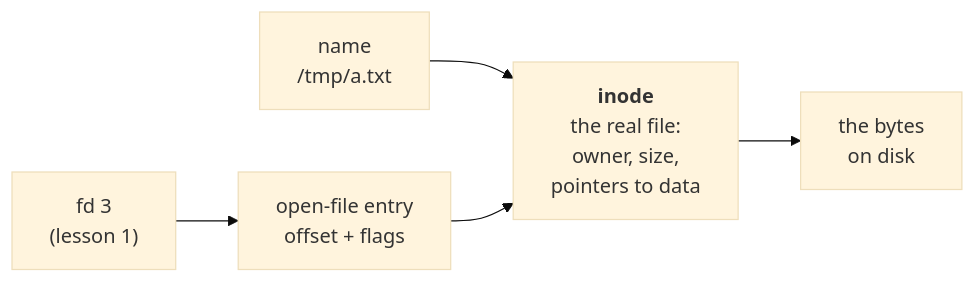
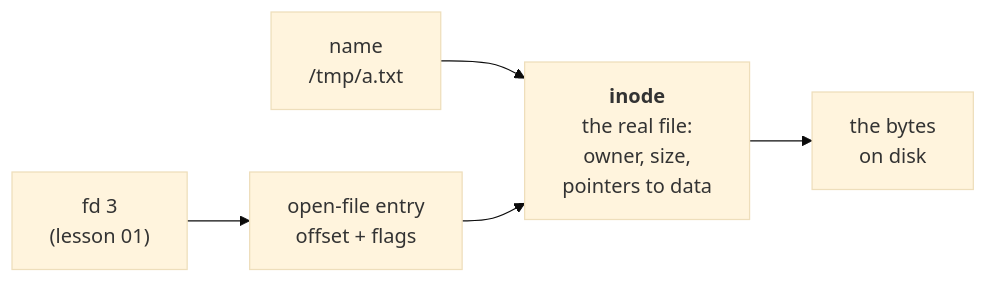
One commit to lohiarahul/learn_networking changed the first of 2 diagrams in networking-fundamentals/act-1-one-machine/06-everything-is-a-file.md. Above: the diagram before and after it, drawn with Mermaid (base theme). The commit also changed other lines of this file and 28 other files, not shown here.

````diff
--- a/networking-fundamentals/act-1-one-machine/06-everything-is-a-file.md
+++ b/networking-fundamentals/act-1-one-machine/06-everything-is-a-file.md
@@ -76,7 +76,7 @@
 ```mermaid
 flowchart LR
   n["name<br/>/tmp/a.txt"] --> ino
-  fd["fd 3<br/>(lesson 1)"] --> oft["open-file entry<br/>offset + flags"]
+  fd["fd 3<br/>(lesson 01)"] --> oft["open-file entry<br/>offset + flags"]
   oft --> ino["<b>inode</b><br/>the real file:<br/>owner, size,<br/>pointers to data"]
   ino --> data["the bytes<br/>on disk"]
 ```
````
